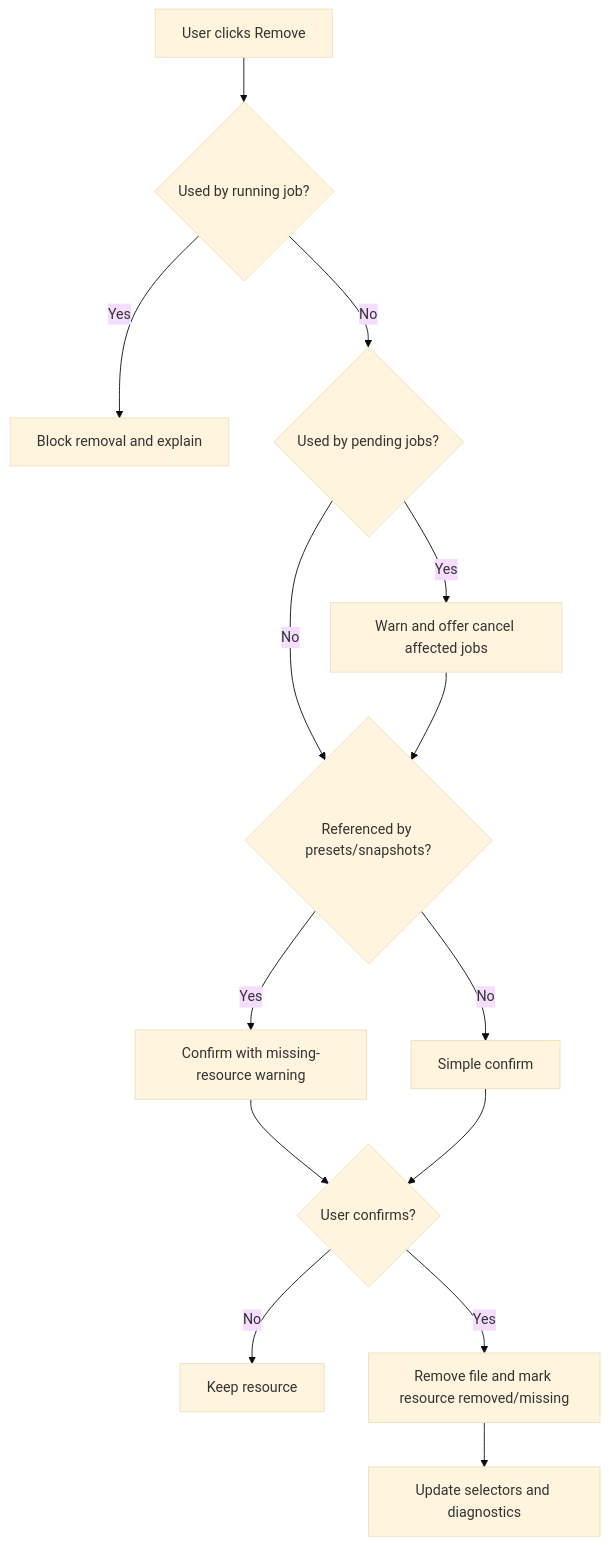
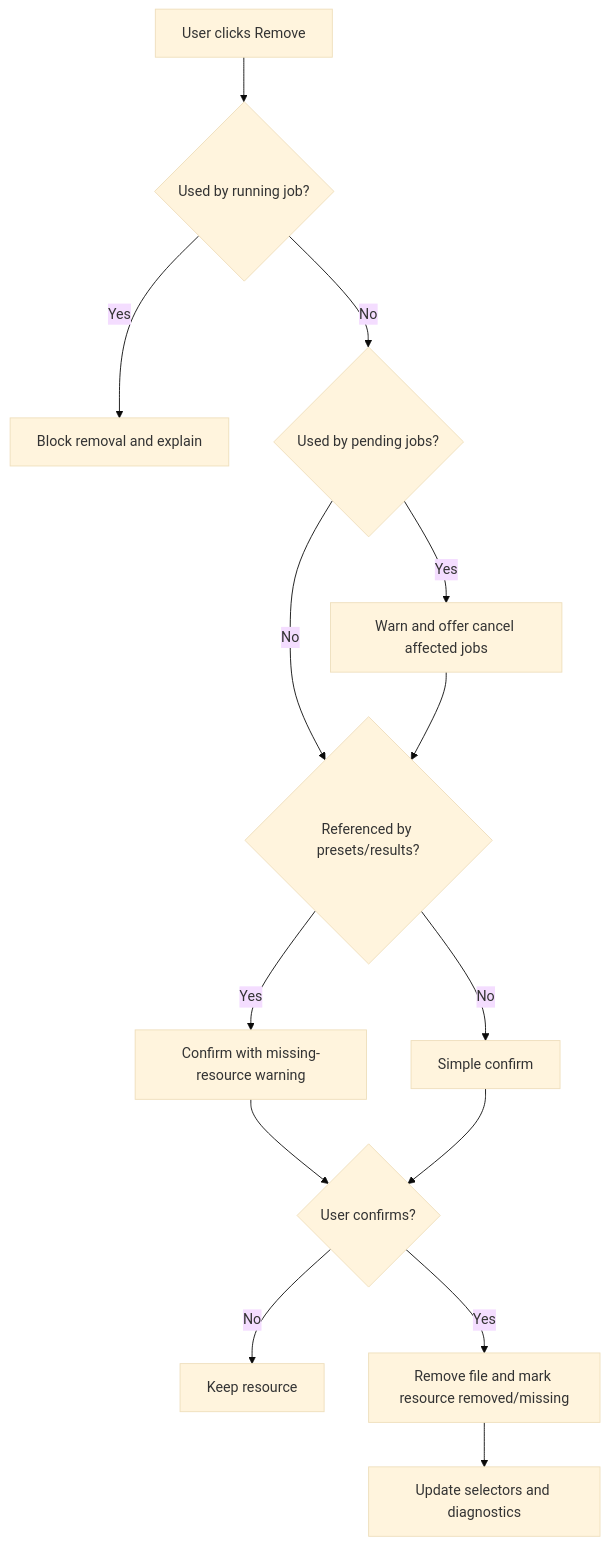
Before and after one commit to BMFreed/imagegen-studio: the fifth of 7 diagrams in docs/features/model-manager.md, drawn with Mermaid (base theme). The commit also changed other lines of this file and 56 other files, not shown here.

First line of the commit message:
Document Project staging and provenance flows

````diff
--- a/docs/features/model-manager.md
+++ b/docs/features/model-manager.md
@@ -545,16 +545,16 @@
 ```mermaid
 flowchart TD
   A["User clicks Remove"] --> B{"Used by running job?"}
   B -- "Yes" --> C["Block removal and explain"]
   B -- "No" --> D{"Used by pending jobs?"}
   D -- "Yes" --> E["Warn and offer cancel affected jobs"]
-  D -- "No" --> F{"Referenced by presets/snapshots?"}
+  D -- "No" --> F{"Referenced by presets/results?"}
   E --> F
   F -- "Yes" --> G["Confirm with missing-resource warning"]
   F -- "No" --> H["Simple confirm"]
   G --> I{"User confirms?"}
   H --> I
   I -- "No" --> J["Keep resource"]
   I -- "Yes" --> K["Remove file and mark resource removed/missing"]
   K --> L["Update selectors and diagnostics"]
 ```
````
